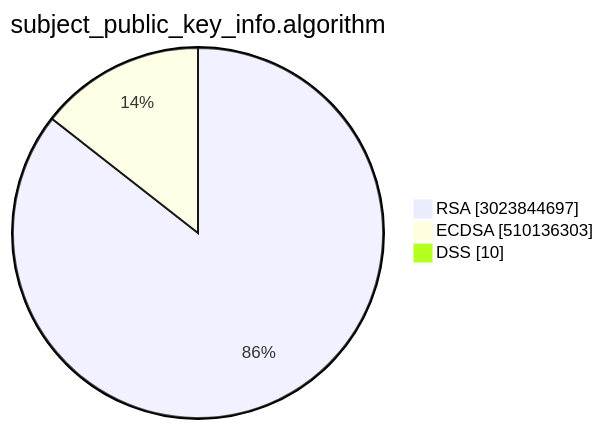
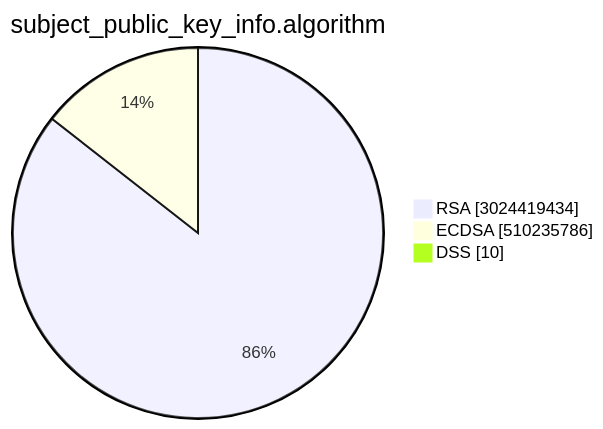
The second of 15 diagrams in TOTAL/README.md (christiankrug/ctmonitor_visualization), drawn with Mermaid before and after one commit. The commit also changed other lines of this file, not shown here.

````diff
--- a/TOTAL/README.md
+++ b/TOTAL/README.md
@@ -6,7 +6,7 @@
 ```mermaid
 pie showData
 title subject_public_key_info.algorithm
-"RSA" :3023844697
-"ECDSA" :510136303
+"RSA" :3024419434
+"ECDSA" :510235786
 "DSS" :10
 ```
````
